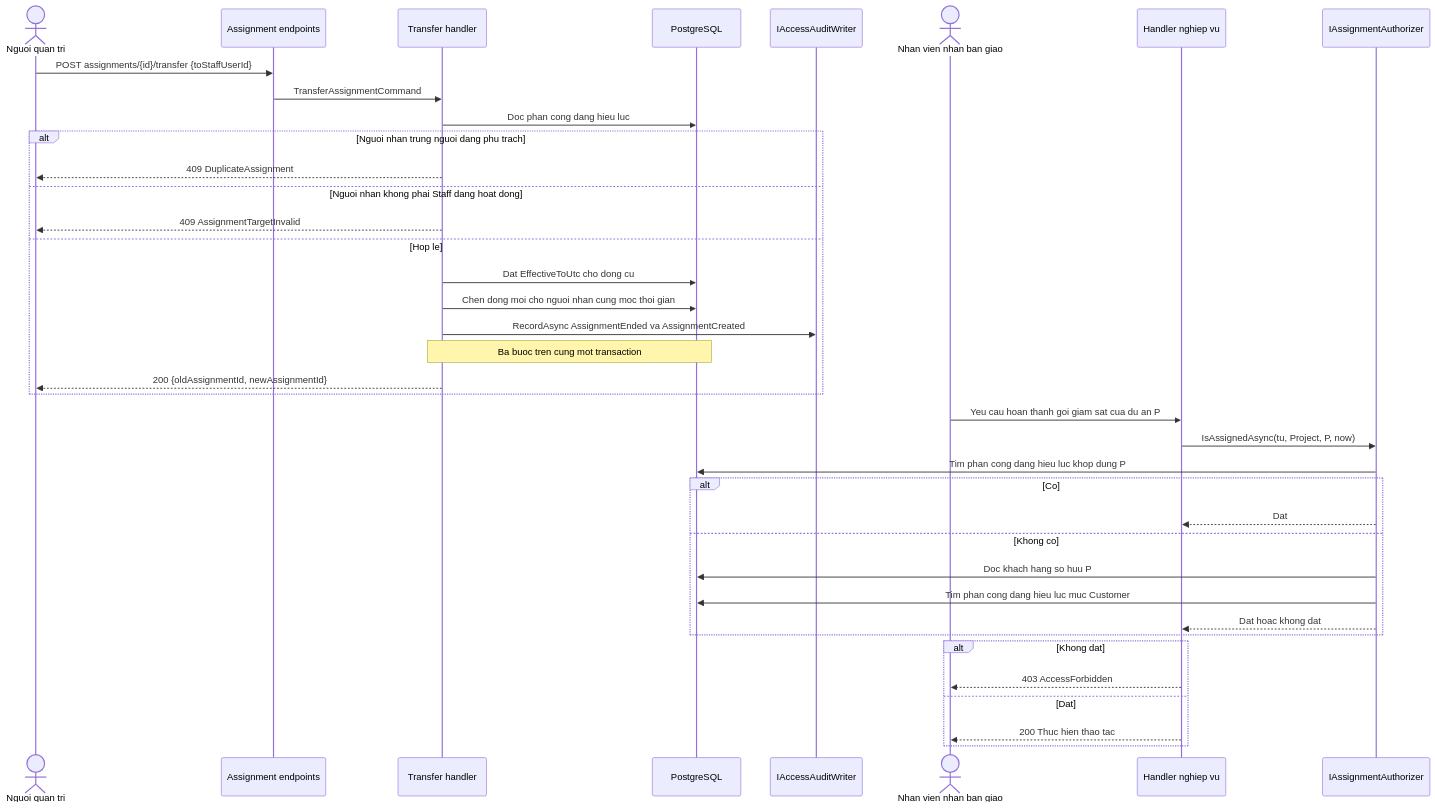
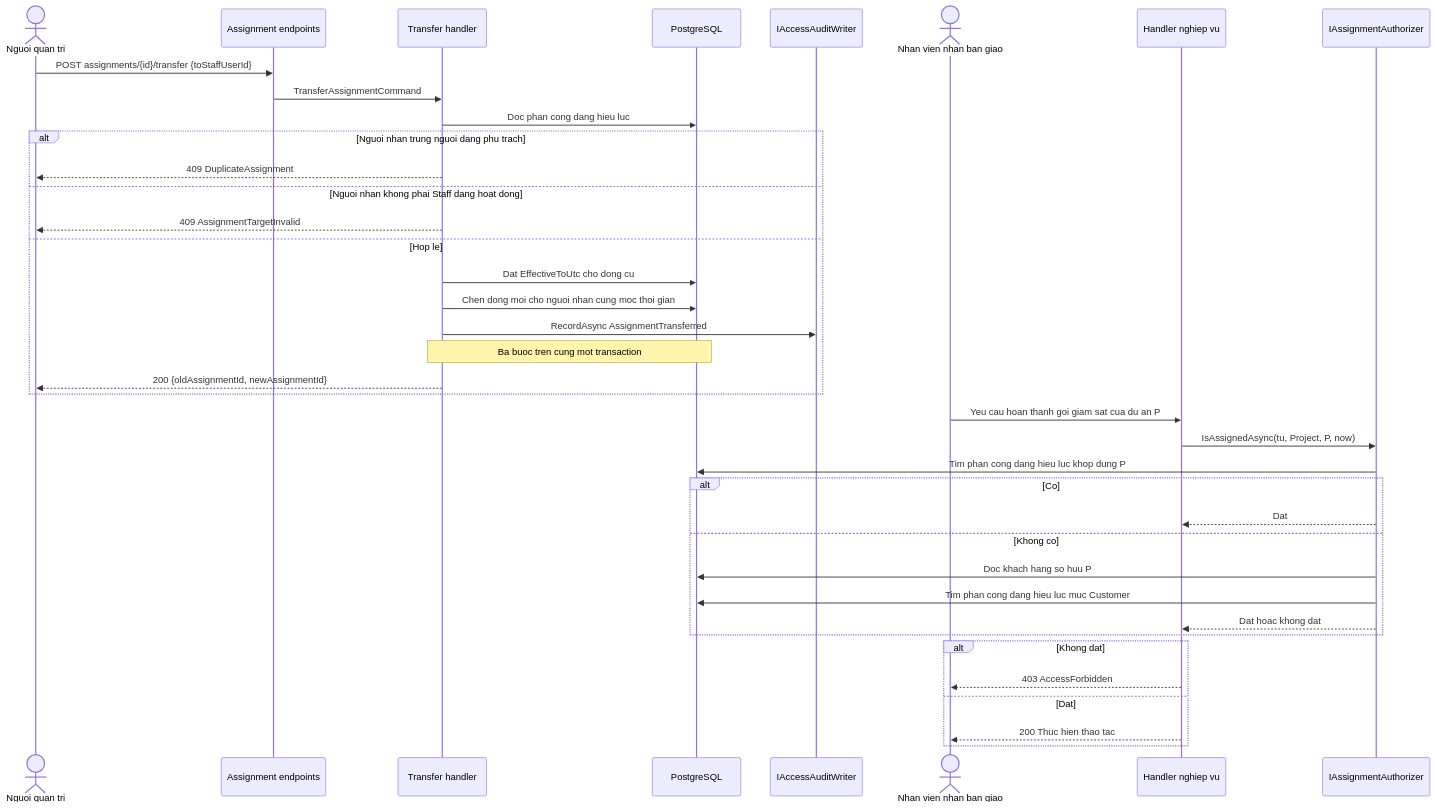
One commit to TaskCoper/bmt-documentation changed the second of 5 diagrams in tdd/TDD-RBAC-003.md. Above: the diagram before and after it, drawn with Mermaid. The commit also changed other lines of this file and 1 other file, not shown here.

````diff
--- a/tdd/TDD-RBAC-003.md
+++ b/tdd/TDD-RBAC-003.md
@@ -164,42 +166,42 @@
 ```mermaid
 sequenceDiagram
     actor AD as Nguoi quan tri
     participant API as Assignment endpoints
     participant AH as Transfer handler
     participant PG as PostgreSQL
     participant AU as IAccessAuditWriter
     actor TU as Nhan vien nhan ban giao
     participant BH as Handler nghiep vu
     participant AZ as IAssignmentAuthorizer
 
     AD->>API: POST assignments/{id}/transfer {toStaffUserId}
     API->>AH: TransferAssignmentCommand
     AH->>PG: Doc phan cong dang hieu luc
     alt Nguoi nhan trung nguoi dang phu trach
         AH-->>AD: 409 DuplicateAssignment
     else Nguoi nhan khong phai Staff dang hoat dong
         AH-->>AD: 409 AssignmentTargetInvalid
     else Hop le
         AH->>PG: Dat EffectiveToUtc cho dong cu
         AH->>PG: Chen dong moi cho nguoi nhan cung moc thoi gian
-        AH->>AU: RecordAsync AssignmentEnded va AssignmentCreated
+        AH->>AU: RecordAsync AssignmentTransferred
         Note over AH,PG: Ba buoc tren cung mot transaction
         AH-->>AD: 200 {oldAssignmentId, newAssignmentId}
     end
 
     TU->>BH: Yeu cau hoan thanh goi giam sat cua du an P
     BH->>AZ: IsAssignedAsync(tu, Project, P, now)
     AZ->>PG: Tim phan cong dang hieu luc khop dung P
     alt Co
         AZ-->>BH: Dat
     else Khong co
         AZ->>PG: Doc khach hang so huu P
         AZ->>PG: Tim phan cong dang hieu luc muc Customer
         AZ-->>BH: Dat hoac khong dat
     end
     alt Khong dat
         BH-->>TU: 403 AccessForbidden
     else Dat
         BH-->>TU: 200 Thuc hien thao tac
     end
 ```
````
